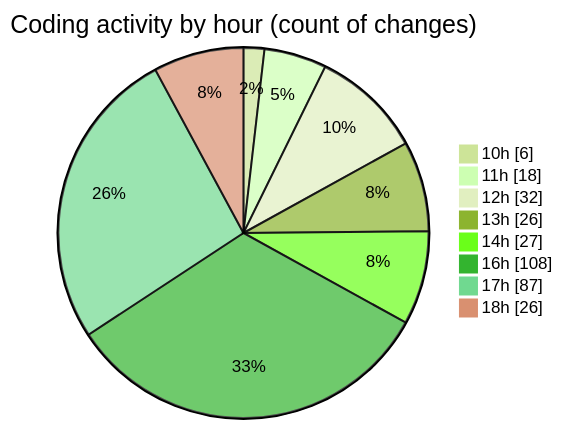
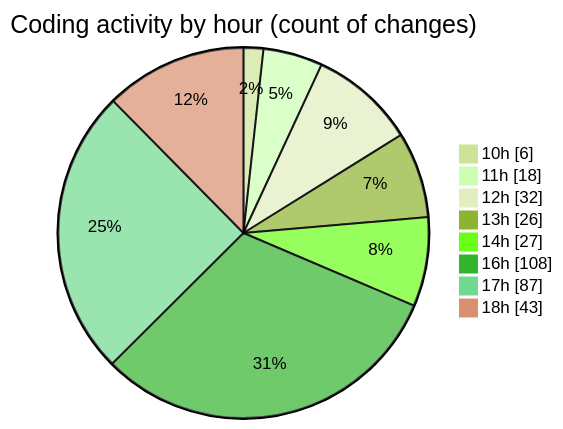
Before and after one commit to momahboobian/code-tracking: the second of 2 diagrams in 2026-09-03/cda/README.md, drawn with Mermaid (forest theme). The commit also changed other lines of this file and 1 other file, not shown here.

````diff
--- a/2026-09-03/cda/README.md
+++ b/2026-09-03/cda/README.md
@@ -100,12 +100,12 @@
 ```mermaid
 pie showData
 title Coding activity by hour (count of changes)
 "10h" : 6
 "11h" : 18
 "12h" : 32
 "13h" : 26
 "14h" : 27
 "16h" : 108
 "17h" : 87
-"18h" : 26
+"18h" : 43
 ```
````
